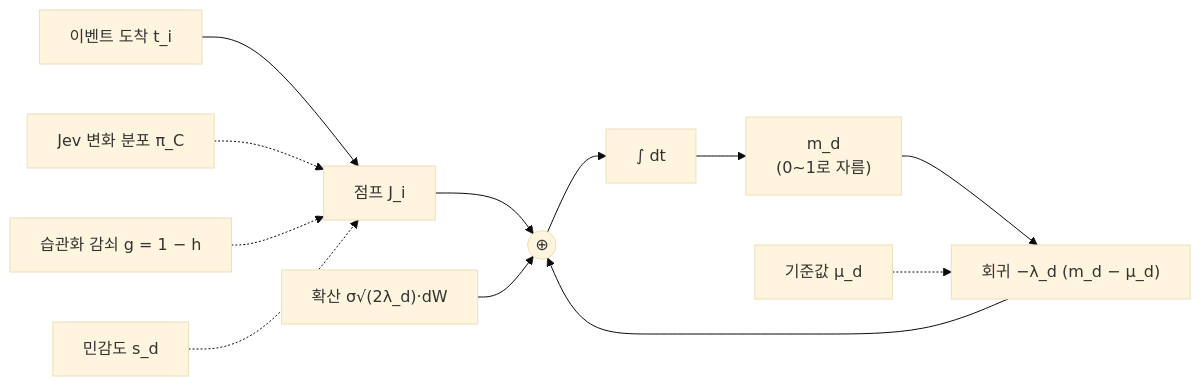
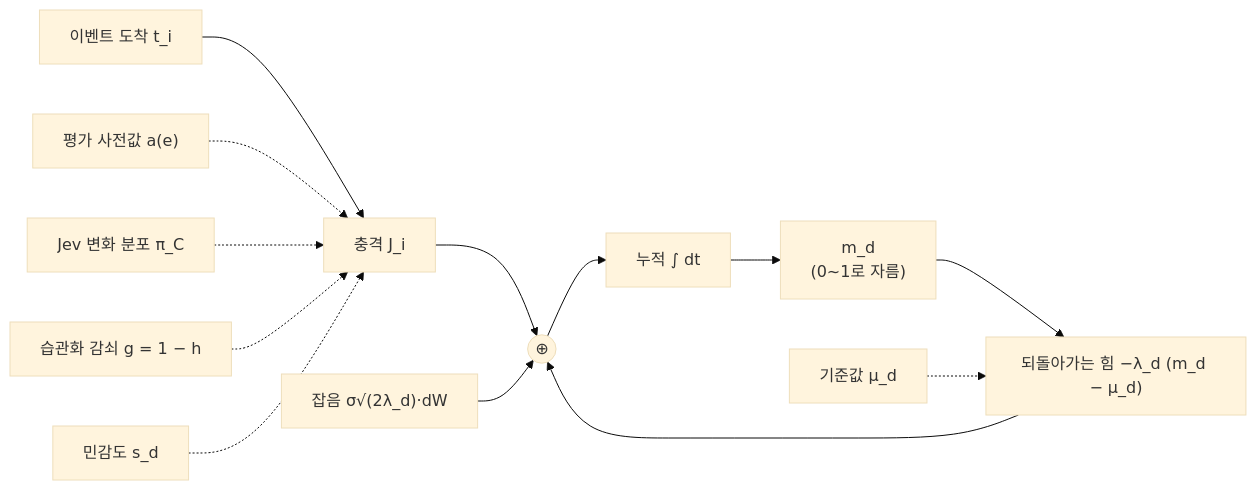
One commit to HEOSEONGILml/AssistantChatBot changed the third of 10 diagrams in ARCHITECTURE.md. Above: the diagram before and after it, drawn with Mermaid (base theme). The commit also changed other lines of this file and 13 other files, not shown here.

````diff
--- a/ARCHITECTURE.md
+++ b/ARCHITECTURE.md
@@ -97,14 +97,15 @@
 ```mermaid
 flowchart LR
-  EV["이벤트 도착 t_i"] --> J["점프 J_i"]
+  EV["이벤트 도착 t_i"] --> J["충격 J_i"]
+  AP["평가 사전값 a(e)"] -.-> J
   PC["Jev 변화 분포 π_C"] -.-> J
   G["습관화 감쇠 g = 1 − h"] -.-> J
   SD["민감도 s_d"] -.-> J
   J --> SUM(("⊕"))
-  NZ["확산 σ√(2λ_d)·dW"] --> SUM
-  SUM --> INT["∫ dt"]
+  NZ["잡음 σ√(2λ_d)·dW"] --> SUM
+  SUM --> INT["누적 ∫ dt"]
   INT --> M["m_d<br>(0~1로 자름)"]
-  M --> FB["회귀 −λ_d (m_d − μ_d)"]
+  M --> FB["되돌아가는 힘 −λ_d (m_d − μ_d)"]
   FB --> SUM
   MU["기준값 μ_d"] -.-> FB
 ```
````
